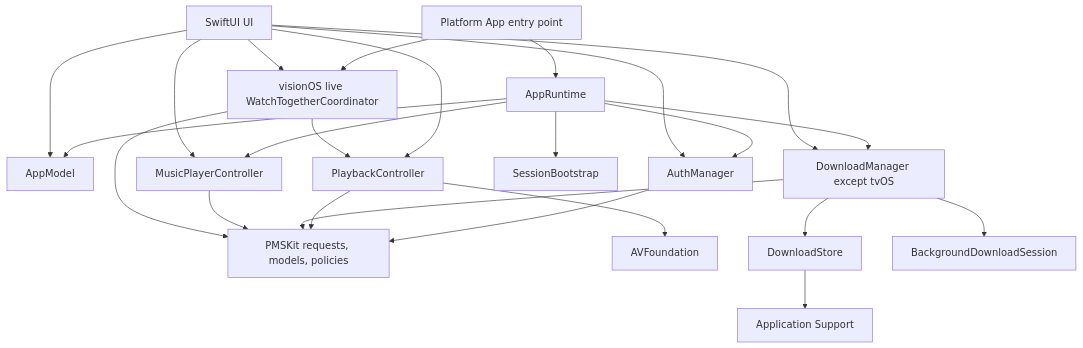
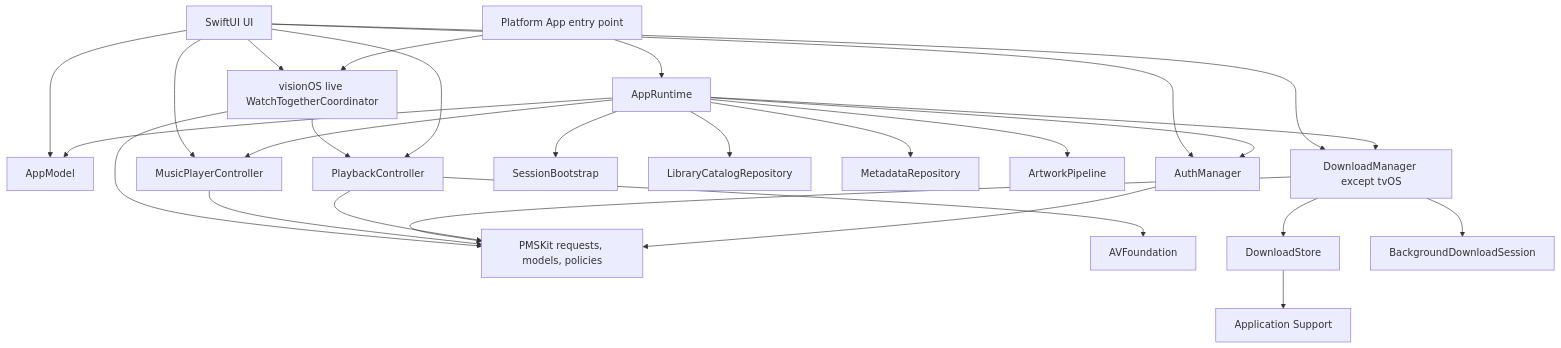
One commit to jlipworth/Labstream changed the diagram in docs/ARCHITECTURE.md. Above: the diagram before and after it, drawn with Mermaid. The commit also changed other lines of this file and 123 other files, not shown here.

````diff
--- a/docs/ARCHITECTURE.md
+++ b/docs/ARCHITECTURE.md
@@ -9,31 +9,34 @@
 ```mermaid
 flowchart TD
   accTitle: App and package composition
   accDescr: Platform entry points create long-lived app services used by SwiftUI. App-owned playback, downloads, music, and SharePlay use PMSKit policies and requests while retaining their own framework and persistence effects.
   Entry[Platform App entry point] --> Runtime[AppRuntime]
   Runtime --> Model[AppModel]
   Runtime --> Auth[AuthManager]
   Runtime --> Downloads[DownloadManager except tvOS]
   Runtime --> Music[MusicPlayerController]
   Runtime --> Bootstrap[SessionBootstrap]
+  Runtime --> Catalog[LibraryCatalogRepository]
+  Runtime --> Metadata[MetadataRepository]
+  Runtime --> Artwork[ArtworkPipeline]
   Entry --> SharePlay[visionOS live WatchTogetherCoordinator]
 
   UI[SwiftUI UI] --> Model
   UI --> Auth
   UI --> Downloads
   UI --> Music
   UI --> Player[PlaybackController]
   UI --> SharePlay
   SharePlay --> Player
 
   Auth --> PMSKit[PMSKit requests, models, policies]
   Player --> PMSKit
   Downloads --> PMSKit
   Music --> PMSKit
   SharePlay --> PMSKit
 
   Player --> AV[AVFoundation]
   Downloads --> Store[DownloadStore]
   Downloads --> BG[BackgroundDownloadSession]
   Store --> Files[Application Support]
 ```
````
